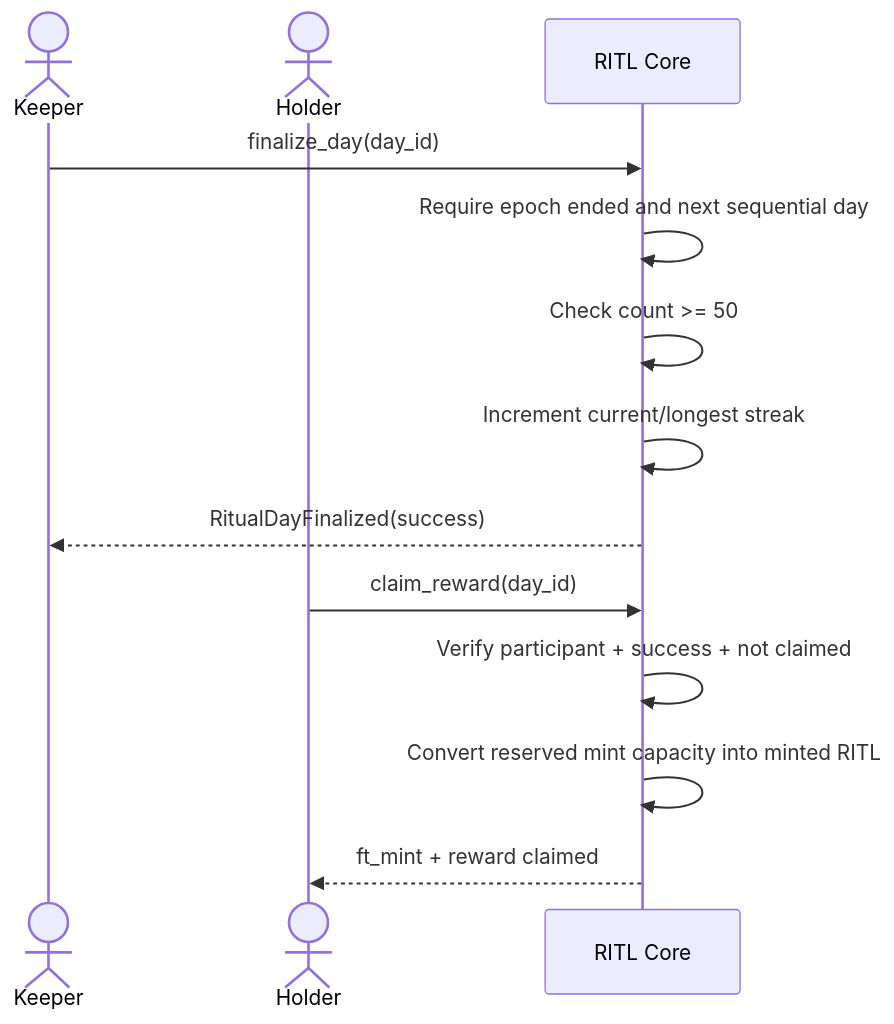
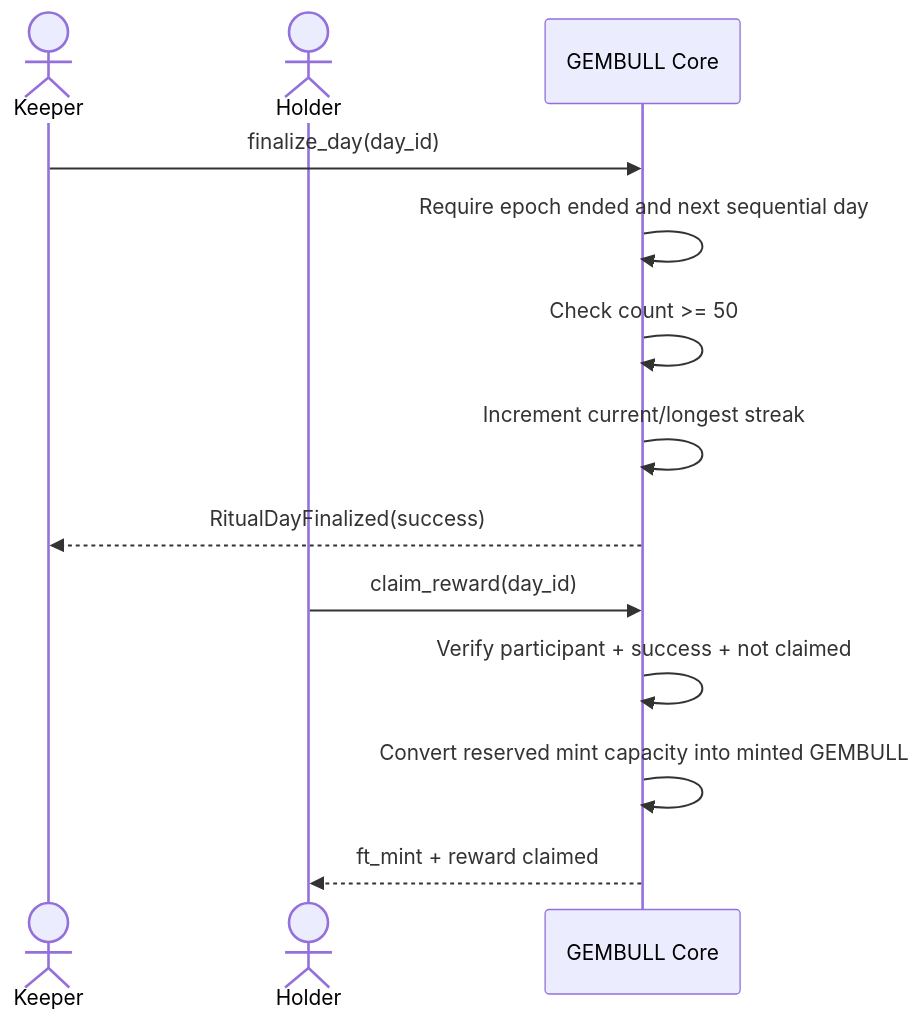
The third of 4 diagrams in docs/TECHNICAL_ARCHITECTURE.md (kikik27/gembull), drawn with Mermaid before and after one commit. The commit also changed other lines of this file and 118 other files, not shown here.

````diff
--- a/docs/TECHNICAL_ARCHITECTURE.md
+++ b/docs/TECHNICAL_ARCHITECTURE.md
@@ -119,15 +119,15 @@
 ```mermaid
 sequenceDiagram
     actor Keeper
     actor Holder
-    participant C as RITL Core
+    participant C as GEMBULL Core
     Keeper->>C: finalize_day(day_id)
     C->>C: Require epoch ended and next sequential day
     C->>C: Check count >= 50
     C->>C: Increment current/longest streak
     C-->>Keeper: RitualDayFinalized(success)
     Holder->>C: claim_reward(day_id)
     C->>C: Verify participant + success + not claimed
-    C->>C: Convert reserved mint capacity into minted RITL
+    C->>C: Convert reserved mint capacity into minted GEMBULL
     C-->>Holder: ft_mint + reward claimed
 ```
````
